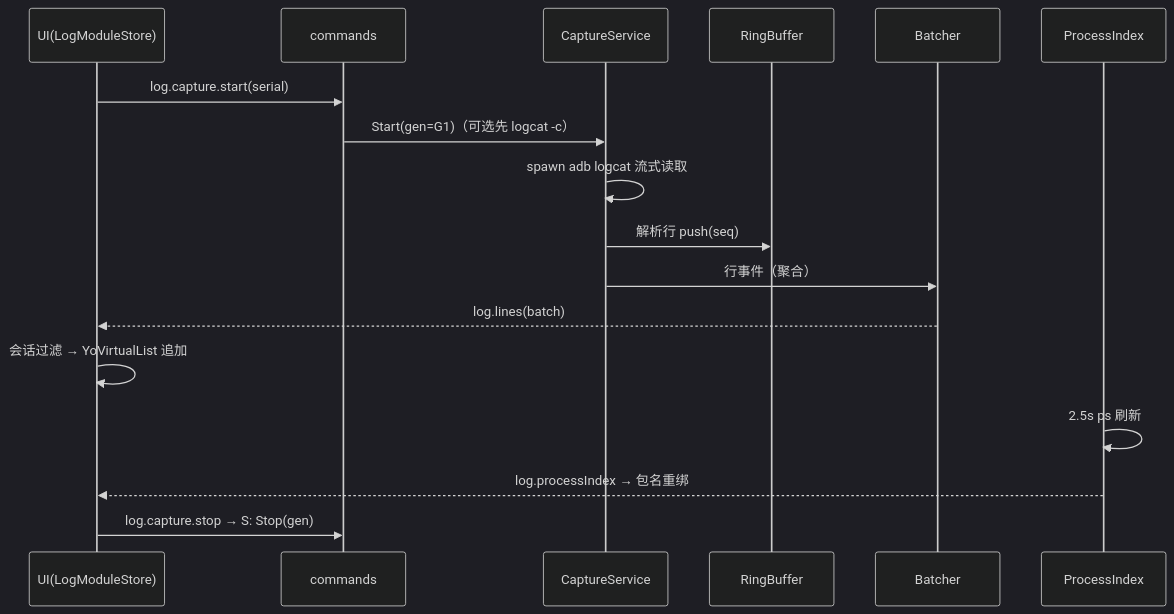
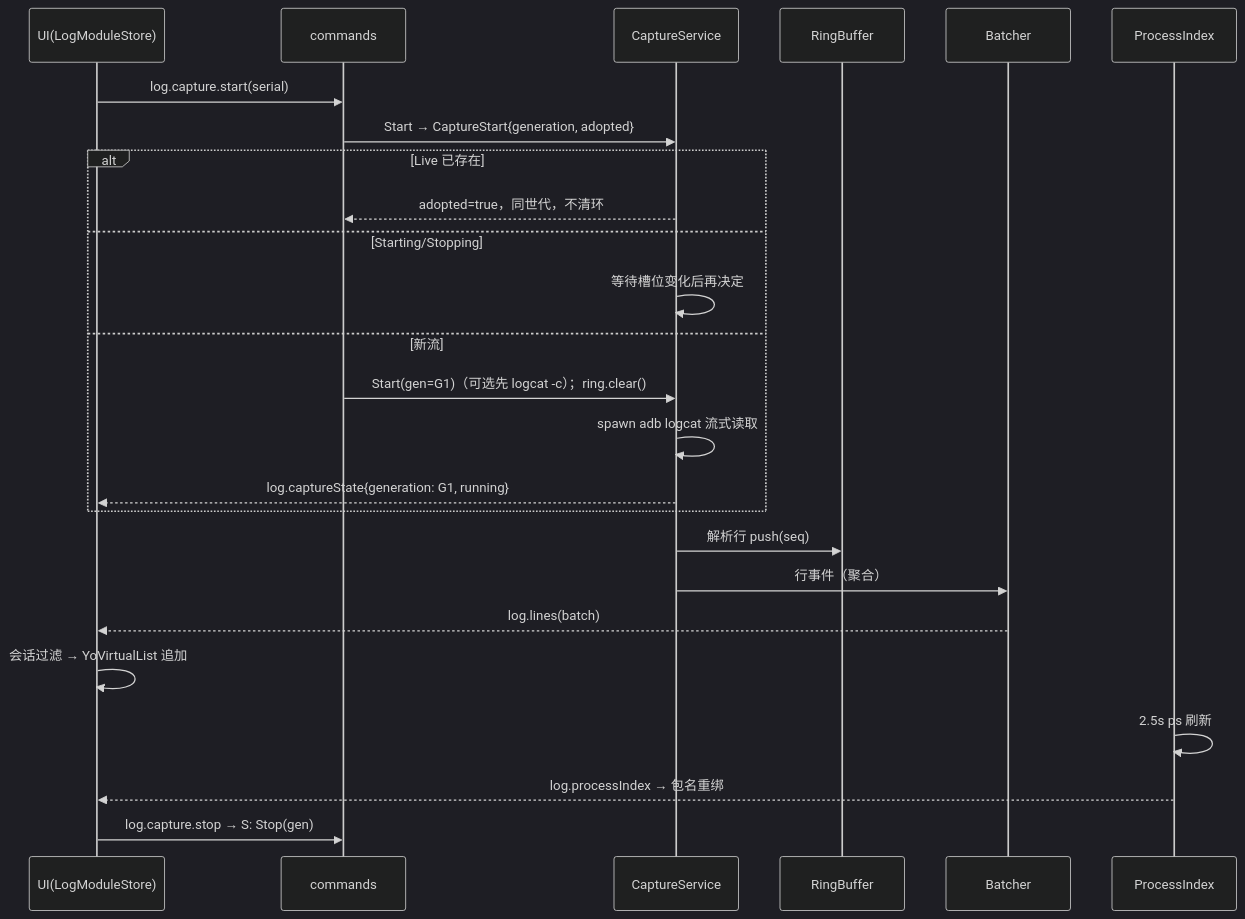
One commit to yohurm/Windows-YoADBTools changed the third of 3 diagrams in docs/architecture/架构设计-v6.md. Above: the diagram before and after it, drawn with Mermaid (dark theme). The commit also changed other lines of this file and 4 other files, not shown here.

````diff
--- a/docs/architecture/架构设计-v6.md
+++ b/docs/architecture/架构设计-v6.md
@@ -467,20 +468,28 @@
 ```mermaid
 sequenceDiagram
   participant U as UI(LogModuleStore)
   participant C as commands
   participant S as CaptureService
   participant R as RingBuffer
   participant B as Batcher
   participant P as ProcessIndex
 
   U->>C: log.capture.start(serial)
-  C->>S: Start(gen=G1)（可选先 logcat -c）
-  S->>S: spawn adb logcat 流式读取
+  C->>S: Start → CaptureStart{generation, adopted}
+  alt Live 已存在
+    S-->>C: adopted=true，同世代，不清环
+  else Starting/Stopping
+    S->>S: 等待槽位变化后再决定
+  else 新流
+    C->>S: Start(gen=G1)（可选先 logcat -c）；ring.clear()
+    S->>S: spawn adb logcat 流式读取
+    S-->>U: log.captureState{generation: G1, running}
+  end
   S->>R: 解析行 push(seq)
   S->>B: 行事件（聚合）
   B-->>U: log.lines(batch)
   U->>U: 会话过滤 → YoVirtualList 追加
   P->>P: 2.5s ps 刷新
   P-->>U: log.processIndex → 包名重绑
   U->>C: log.capture.stop → S: Stop(gen)
 ```
````
